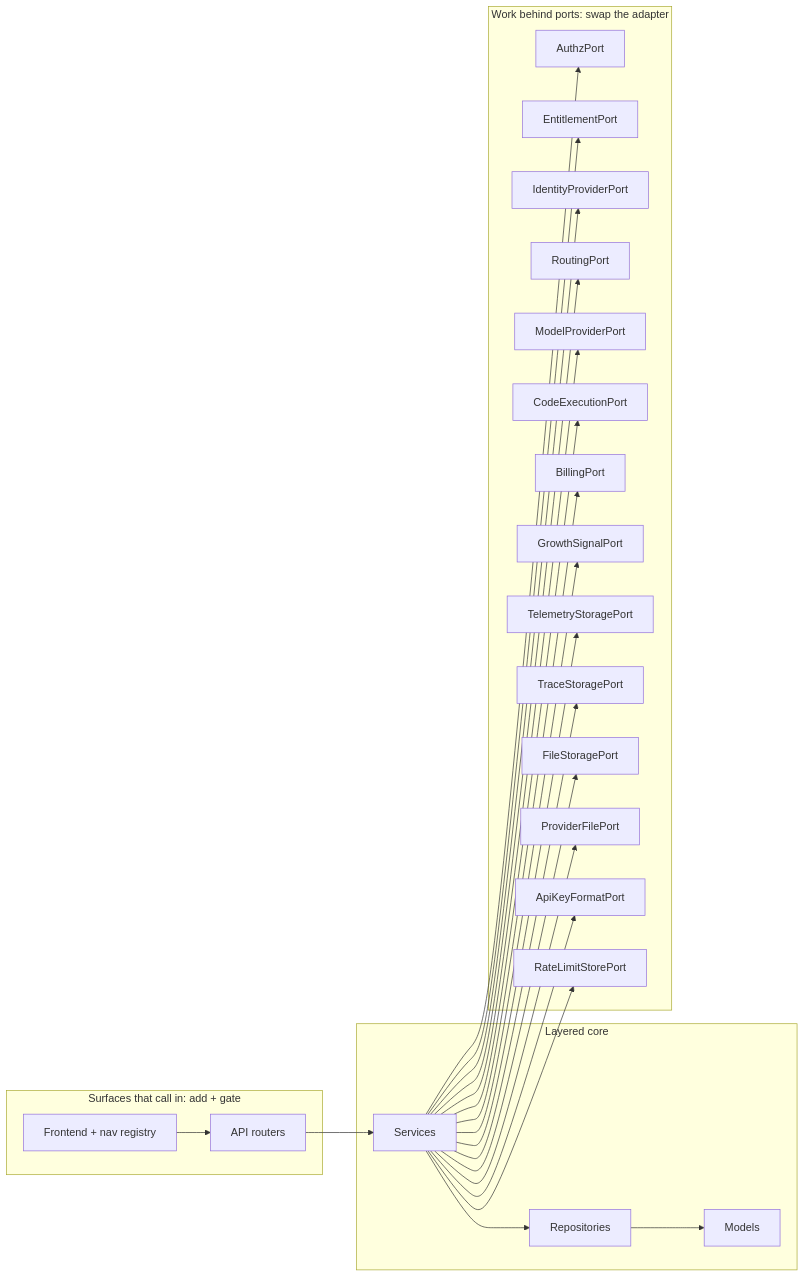
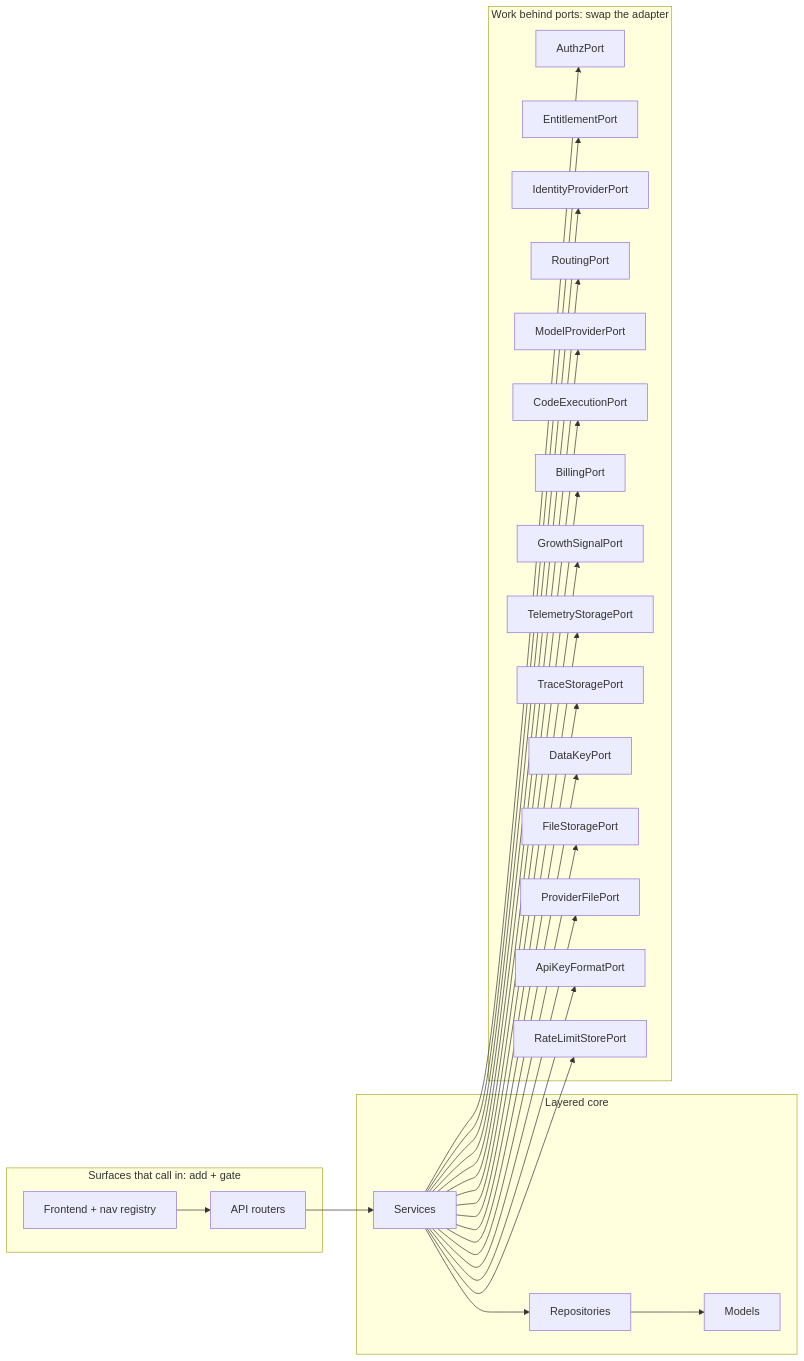
Before and after one commit to mozilla-ai/otari: the second of 2 diagrams in ARCHITECTURE.md, drawn with Mermaid. The commit also changed other lines of this file and 10 other files, not shown here.

First line of the commit message:
feat(traces): add a data key port for encrypting captured trace content

````diff
--- a/ARCHITECTURE.md
+++ b/ARCHITECTURE.md
@@ -131,43 +132,45 @@
 ```mermaid
 flowchart LR
     subgraph driving["Surfaces that call in: add + gate"]
         UI["Frontend + nav registry"]
         API["API routers"]
     end
     subgraph core["Layered core"]
         SVC[Services]
         REPO[Repositories]
         MOD[Models]
     end
     subgraph driven["Work behind ports: swap the adapter"]
         AP[AuthzPort]
         EP[EntitlementPort]
         IP[IdentityProviderPort]
         RP[RoutingPort]
         MP[ModelProviderPort]
         CP[CodeExecutionPort]
         BP[BillingPort]
         GP[GrowthSignalPort]
         TP[TelemetryStoragePort]
         TR[TraceStoragePort]
+        DK[DataKeyPort]
         FP[FileStoragePort]
         PF[ProviderFilePort]
         KP[ApiKeyFormatPort]
         RL[RateLimitStorePort]
     end
     UI --> API --> SVC --> REPO --> MOD
     SVC --> AP
     SVC --> EP
     SVC --> IP
     SVC --> RP
     SVC --> MP
     SVC --> CP
     SVC --> BP
     SVC --> GP
     SVC --> TP
     SVC --> TR
+    SVC --> DK
     SVC --> FP
     SVC --> PF
     SVC --> KP
     SVC --> RL
 ```
````
